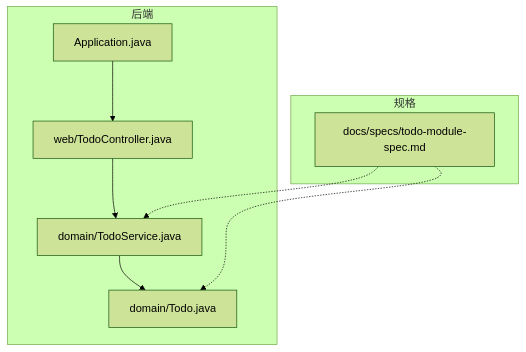
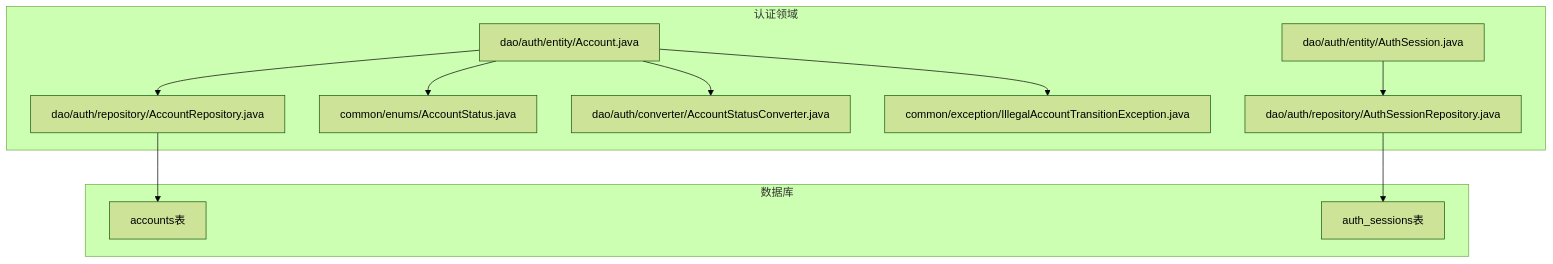
The first of 6 diagrams in .qoder/repowiki/zh/content/后端开发/领域模型设计.md (luyitiger6/my-first-project), drawn with Mermaid (forest theme) before and after one commit. The commit also changed other lines of this file and 42 other files, not shown here.

````diff
--- a/.qoder/repowiki/zh/content/后端开发/领域模型设计.md
+++ b/.qoder/repowiki/zh/content/后端开发/领域模型设计.md
@@ -32,17 +46,23 @@
 ```mermaid
 graph TB
-subgraph "后端"
-A["domain/Todo.java"]
-B["domain/TodoService.java"]
-C["web/TodoController.java"]
-D["Application.java"]
+subgraph "认证领域"
+A["dao/auth/entity/Account.java"]
+B["dao/auth/entity/AuthSession.java"]
+C["common/enums/AccountStatus.java"]
+D["dao/auth/repository/AccountRepository.java"]
+E["dao/auth/repository/AuthSessionRepository.java"]
+F["dao/auth/converter/AccountStatusConverter.java"]
+G["common/exception/IllegalAccountTransitionException.java"]
 end
-subgraph "规格"
-E["docs/specs/todo-module-spec.md"]
+subgraph "数据库"
+H["accounts表"]
+I["auth_sessions表"]
 end
-C --> B
-B --> A
-D --> C
-E -.-> A
-E -.-> B
+A --> D
+B --> E
+A --> C
+A --> F
+A --> G
+D --> H
+E --> I
 ```
````
